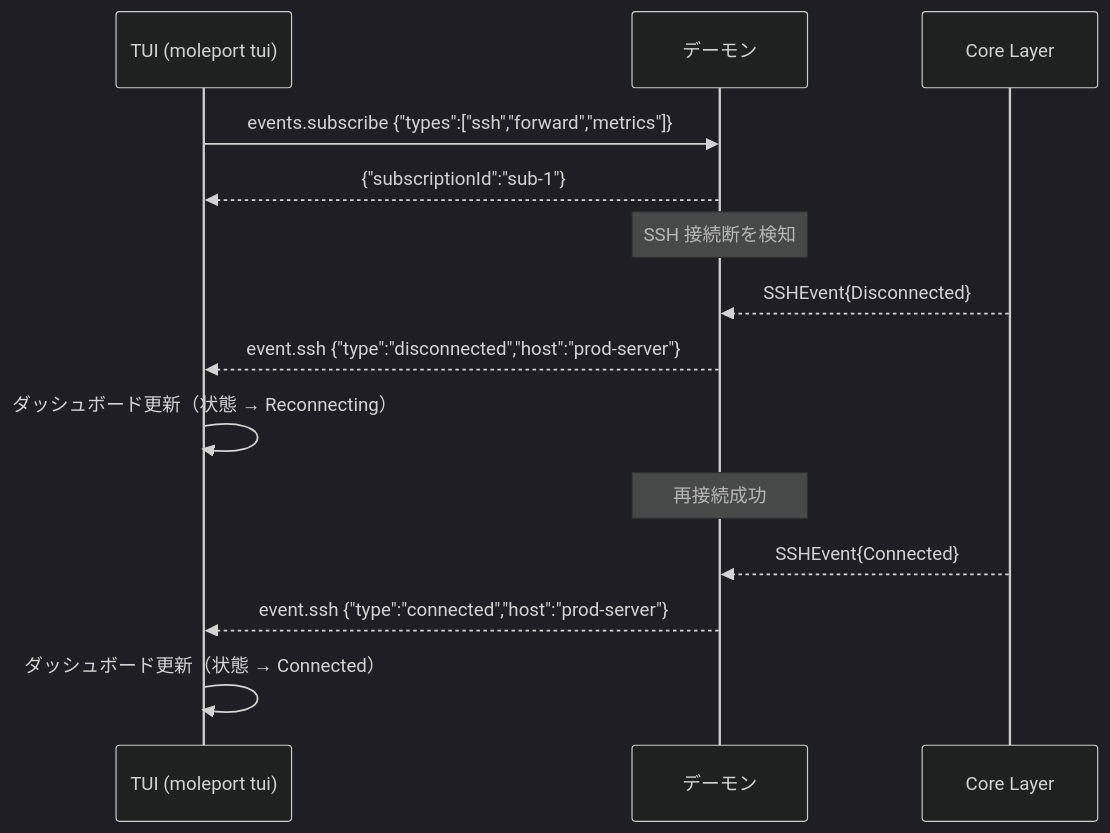
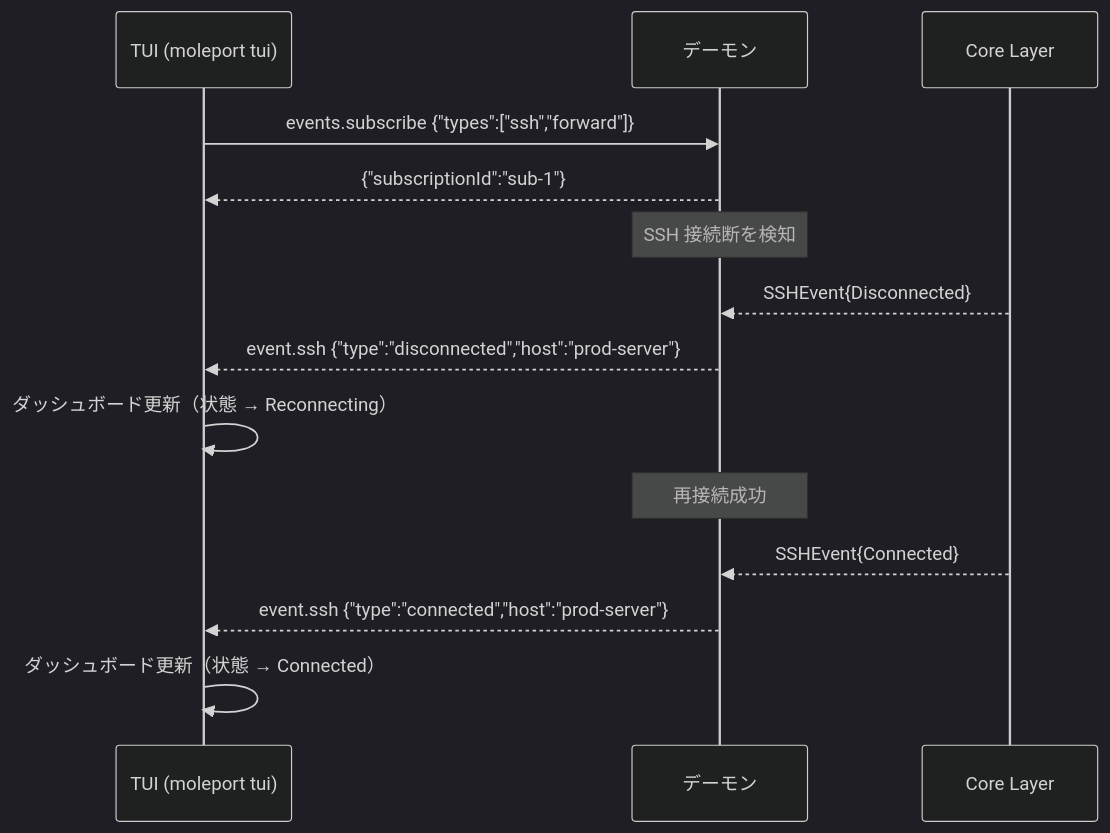
Before and after one commit to ousiassllc/MolePort: diagram 14 of 23 in docs/architecture/overview.md, drawn with Mermaid (dark theme). The commit also changed other lines of this file and 5 other files, not shown here.

````diff
--- a/docs/architecture/overview.md
+++ b/docs/architecture/overview.md
@@ -876,19 +883,19 @@
 ```mermaid
 sequenceDiagram
     participant TUI as TUI (moleport tui)
     participant Daemon as デーモン
     participant Core as Core Layer
 
-    TUI->>Daemon: events.subscribe {"types":["ssh","forward","metrics"]}
+    TUI->>Daemon: events.subscribe {"types":["ssh","forward"]}
     Daemon-->>TUI: {"subscriptionId":"sub-1"}
 
     Note over Daemon: SSH 接続断を検知
     Core-->>Daemon: SSHEvent{Disconnected}
     Daemon-->>TUI: event.ssh {"type":"disconnected","host":"prod-server"}
     TUI->>TUI: ダッシュボード更新（状態 → Reconnecting）
 
     Note over Daemon: 再接続成功
     Core-->>Daemon: SSHEvent{Connected}
     Daemon-->>TUI: event.ssh {"type":"connected","host":"prod-server"}
     TUI->>TUI: ダッシュボード更新（状態 → Connected）
 ```
````
